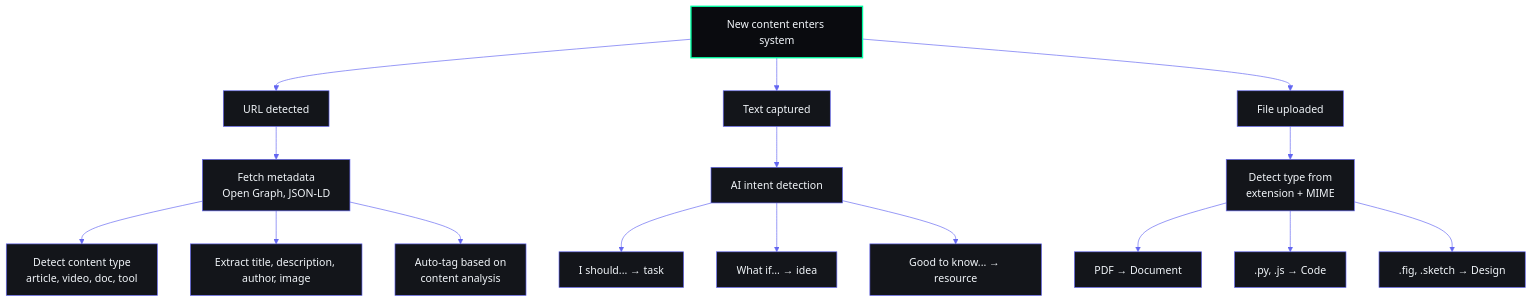
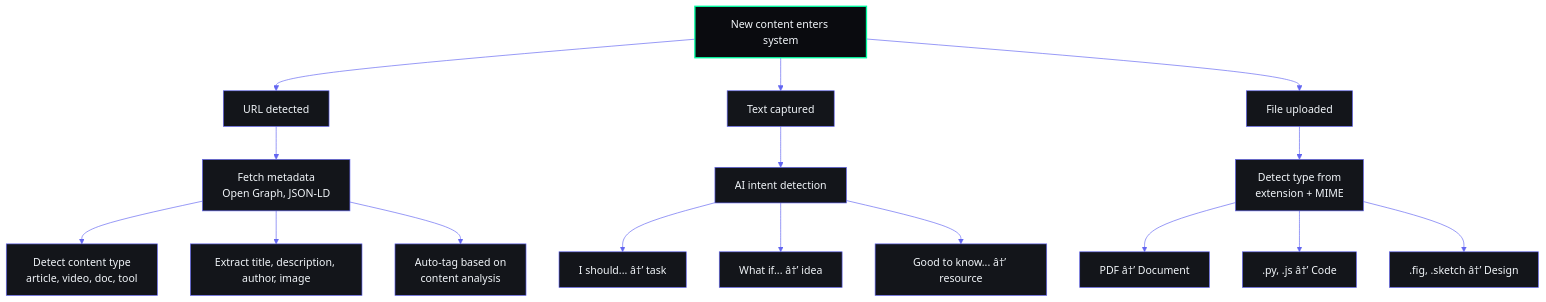
Before and after one commit to rohitkumarnaidu/ARIA-OS---SecondBrain-: diagram 17 of 35 in docs/design/InformationArchitecture.md, drawn with Mermaid. The commit also changed other lines of this file and 9 other files, not shown here.

````diff
--- a/docs/design/InformationArchitecture.md
+++ b/docs/design/InformationArchitecture.md
@@ -1505,27 +1505,27 @@
 ```mermaid
 %%{init: {'theme': 'base', 'themeVariables': {'background': '#0A0B0F', 'primaryColor': '#13151A', 'primaryBorderColor': '#6366F1', 'primaryTextColor': '#F1F5F9', 'lineColor': '#6366F1', 'secondaryColor': '#1A1D24', 'tertiaryColor': '#0A0B0F', 'fontFamily': 'DM Sans'}}}%%
 flowchart TD
     NC[New content enters system] --> URL[URL detected]
     NC --> TC[Text captured]
     NC --> FU[File uploaded]
     
     URL --> FM[Fetch metadata<br/>Open Graph, JSON-LD]
     FM --> DCT[Detect content type<br/>article, video, doc, tool]
     FM --> EX[Extract title, description, author, image]
     FM --> AT[Auto-tag based on<br/>content analysis]
     
     TC --> AI[AI intent detection]
-    AI --> T["I should... → task"]
-    AI --> Id["What if... → idea"]
-    AI --> R["Good to know... → resource"]
+    AI --> T["I should... â†’ task"]
+    AI --> Id["What if... â†’ idea"]
+    AI --> R["Good to know... â†’ resource"]
     
     FU --> DT[Detect type from<br/>extension + MIME]
-    DT --> PDF[PDF → Document]
-    DT --> CD[.py, .js → Code]
-    DT --> DS[.fig, .sketch → Design]
+    DT --> PDF[PDF â†’ Document]
+    DT --> CD[.py, .js â†’ Code]
+    DT --> DS[.fig, .sketch â†’ Design]
 
     style NC fill:#0A0B0F,stroke:#00FFA3,color:#F1F5F9,stroke-width:2px
     style URL fill:#13151A,stroke:#6366F1,color:#F1F5F9
     style TC fill:#13151A,stroke:#6366F1,color:#F1F5F9
     style FU fill:#13151A,stroke:#6366F1,color:#F1F5F9
 ```
````
